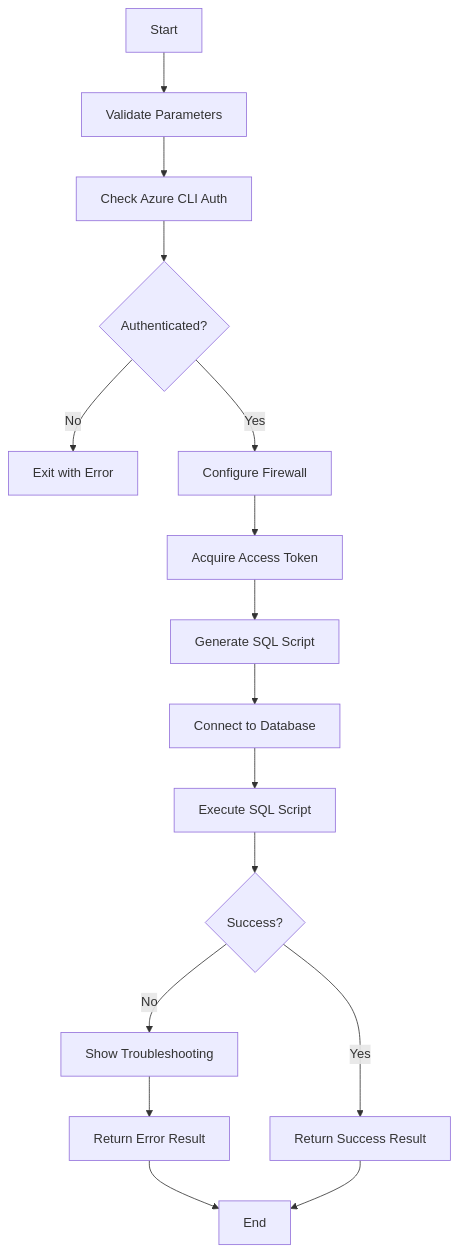
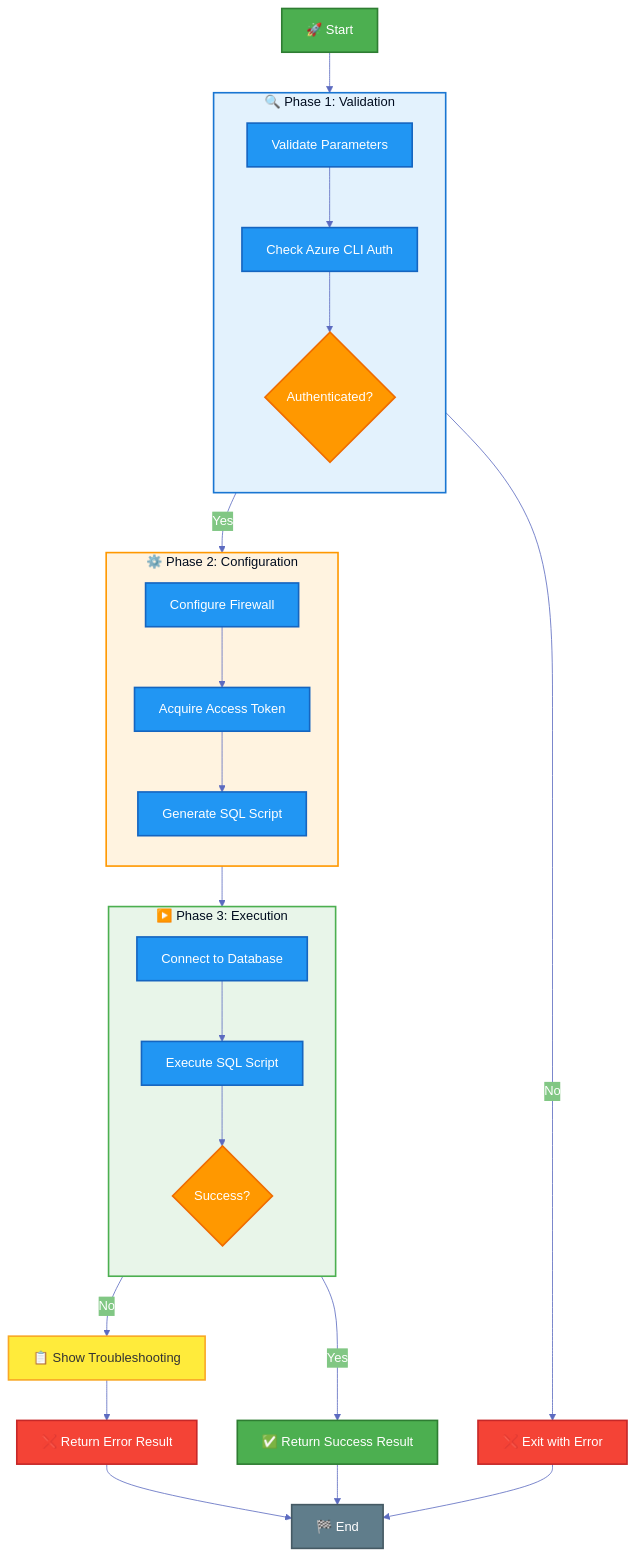
Before and after one commit to Evilazaro/Azure-LogicApps-Monitoring: the diagram in docs/hooks/sql-managed-identity-config.md, drawn with Mermaid. The commit also changed other lines of this file, not shown here.

Commit message:
Update version to 1.0.1 and enhance documentation clarity in sql-managed-identity-config.md

````diff
--- a/docs/hooks/sql-managed-identity-config.md
+++ b/docs/hooks/sql-managed-identity-config.md
@@ -184,18 +198,69 @@
 ```mermaid
+%%{init: {'theme': 'base', 'themeVariables': { 'primaryColor': '#4285f4', 'primaryTextColor': '#fff', 'primaryBorderColor': '#2d6ecf', 'lineColor': '#5c6bc0', 'secondaryColor': '#81c784', 'tertiaryColor': '#fff3e0'}}}%%
 flowchart TD
-    A[Start] --> B[Validate Parameters]
-    B --> C[Check Azure CLI Auth]
-    C --> D{Authenticated?}
-    D -->|No| E[Exit with Error]
-    D -->|Yes| F[Configure Firewall]
-    F --> G[Acquire Access Token]
-    G --> H[Generate SQL Script]
-    H --> I[Connect to Database]
-    I --> J[Execute SQL Script]
-    J --> K{Success?}
-    K -->|No| L[Show Troubleshooting]
-    L --> M[Return Error Result]
-    K -->|Yes| N[Return Success Result]
-    M --> O[End]
+    %% Start node
+    A["🚀 Start"]:::startNode
+    
+    %% Validation Phase
+    subgraph validation["🔍 Phase 1: Validation"]
+        direction TB
+        B["Validate Parameters"]:::processNode
+        C["Check Azure CLI Auth"]:::processNode
+        D{"Authenticated?"}:::decisionNode
+    end
+    
+    %% Configuration Phase
+    subgraph config["⚙️ Phase 2: Configuration"]
+        direction TB
+        F["Configure Firewall"]:::processNode
+        G["Acquire Access Token"]:::processNode
+        H["Generate SQL Script"]:::processNode
+    end
+    
+    %% Execution Phase
+    subgraph execution["▶️ Phase 3: Execution"]
+        direction TB
+        I["Connect to Database"]:::processNode
+        J["Execute SQL Script"]:::processNode
+        K{"Success?"}:::decisionNode
+    end
+    
+    %% Result Nodes
+    E["❌ Exit with Error"]:::errorNode
+    L["📋 Show Troubleshooting"]:::warningNode
+    M["❌ Return Error Result"]:::errorNode
+    N["✅ Return Success Result"]:::successNode
+    O["🏁 End"]:::endNode
+    
+    %% Flow connections
+    A --> validation
+    B --> C
+    C --> D
+    D -->|No| E
+    D -->|Yes| config
+    F --> G
+    G --> H
+    H --> execution
+    I --> J
+    J --> K
+    K -->|No| L
+    L --> M
+    K -->|Yes| N
+    M --> O
     N --> O
+    E --> O
+    
+    %% Styling classes
+    classDef startNode fill:#4caf50,stroke:#2e7d32,stroke-width:2px,color:#fff
+    classDef endNode fill:#607d8b,stroke:#455a64,stroke-width:2px,color:#fff
+    classDef processNode fill:#2196f3,stroke:#1565c0,stroke-width:2px,color:#fff
+    classDef decisionNode fill:#ff9800,stroke:#ef6c00,stroke-width:2px,color:#fff
+    classDef errorNode fill:#f44336,stroke:#c62828,stroke-width:2px,color:#fff
+    classDef successNode fill:#4caf50,stroke:#2e7d32,stroke-width:2px,color:#fff
+    classDef warningNode fill:#ffeb3b,stroke:#f9a825,stroke-width:2px,color:#333
+    
+    %% Subgraph styling
+    style validation fill:#e3f2fd,stroke:#1976d2,stroke-width:2px
+    style config fill:#fff3e0,stroke:#ff9800,stroke-width:2px
+    style execution fill:#e8f5e9,stroke:#4caf50,stroke-width:2px
 ```
````
